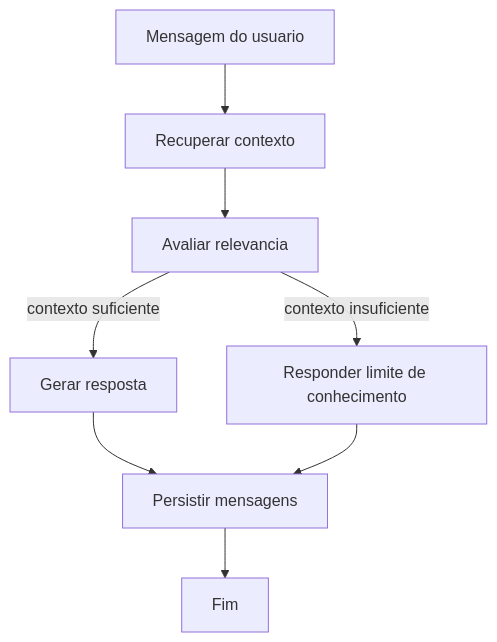
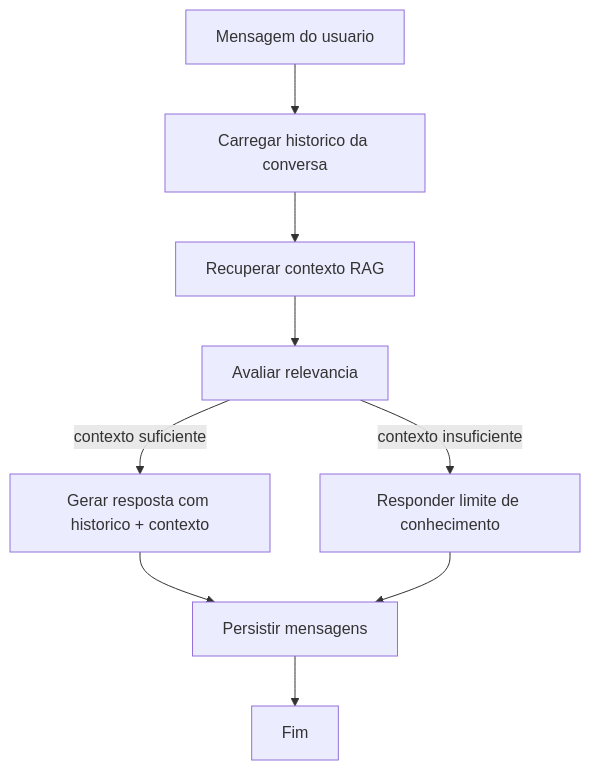
The diagram in docs/arquitetura/langgraph-fluxo-conversacional.md (cleitonsm/nexus), drawn with Mermaid before and after one commit. The commit also changed other lines of this file and 27 other files, not shown here.

````diff
--- a/docs/arquitetura/langgraph-fluxo-conversacional.md
+++ b/docs/arquitetura/langgraph-fluxo-conversacional.md
@@ -10,10 +10,11 @@
 ```mermaid
 flowchart TD
-    Start[Mensagem do usuario] --> Retrieve[Recuperar contexto]
+    Start[Mensagem do usuario] --> LoadHistory[Carregar historico da conversa]
+    LoadHistory --> Retrieve[Recuperar contexto RAG]
     Retrieve --> Evaluate[Avaliar relevancia]
-    Evaluate -->|contexto suficiente| Generate[Gerar resposta]
+    Evaluate -->|contexto suficiente| Generate[Gerar resposta com historico + contexto]
     Evaluate -->|contexto insuficiente| Fallback[Responder limite de conhecimento]
     Generate --> Persist[Persistir mensagens]
     Fallback --> Persist
     Persist --> End[Fim]
 ```
````
